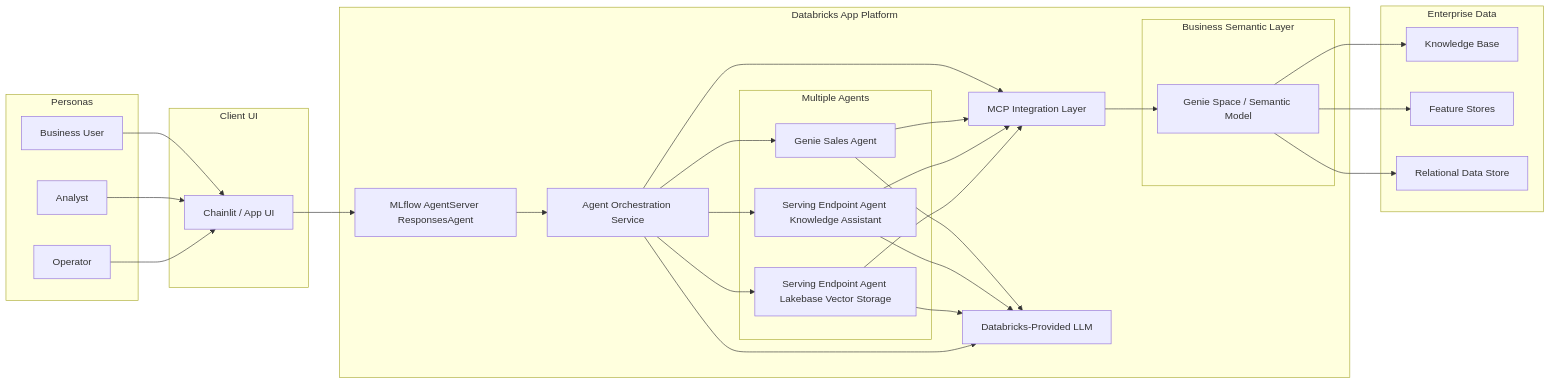
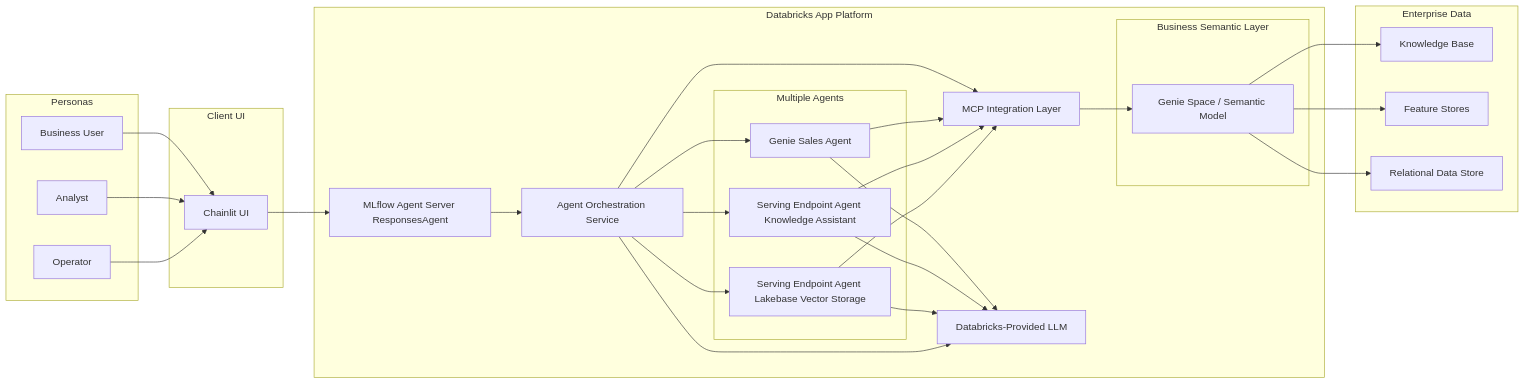
The first of 2 diagrams in docs/architecture.md (wchen-dea/Multi-Agent-App-On-Databricks), drawn with Mermaid before and after one commit. The commit also changed other lines of this file and 22 other files, not shown here.

````diff
--- a/docs/architecture.md
+++ b/docs/architecture.md
@@ -34,60 +44,60 @@
 ```mermaid
 flowchart LR
     subgraph Personas[Personas]
         P1[Business User]
         P2[Analyst]
         P3[Operator]
     end
 
     subgraph Client[Client UI]
-        UI[Chainlit / App UI]
+        UI[Chainlit UI]
     end
 
     subgraph Platform[Databricks App Platform]
-        AS[MLflow AgentServer ResponsesAgent]
+        AS[MLflow Agent Server ResponsesAgent]
         ORCH[Agent Orchestration Service]
         MCP[MCP Integration Layer]
         LLM[Databricks-Provided LLM]
 
         subgraph Agents[Multiple Agents]
             A1[Genie Sales Agent]
             A2[Serving Endpoint Agent Knowledge Assistant]
             A3[Serving Endpoint Agent Lakebase Vector Storage]
         end
 
         subgraph Semantic[Business Semantic Layer]
             BSL[Genie Space / Semantic Model]
         end
     end
 
     subgraph Data[Enterprise Data]
         KB[Knowledge Base]
         FS[Feature Stores]
         RDS[Relational Data Store]
     end
 
     P1 --> UI
     P2 --> UI
     P3 --> UI
 
     UI --> AS
     AS --> ORCH
     ORCH --> A1
     ORCH --> A2
     ORCH --> A3
 
     A1 --> LLM
     A2 --> LLM
     A3 --> LLM
     ORCH --> LLM
 
     ORCH --> MCP
     MCP --> BSL
     BSL --> KB
     BSL --> FS
     BSL --> RDS
 
     A1 --> MCP
     A2 --> MCP
     A3 --> MCP
 ```
````
